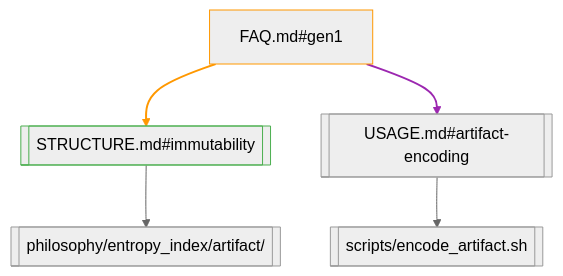
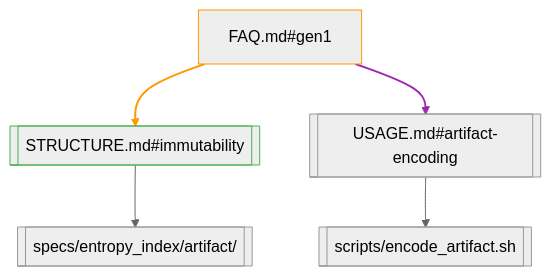
One commit to soyuz43/Symbolic-Grammar-Interpreter changed the fifth of 7 diagrams in content/specs/OVERVIEW.md. Above: the diagram before and after it, drawn with Mermaid (neutral theme). The commit also changed 4 other files, not shown here.

````diff
--- a/content/specs/OVERVIEW.md
+++ b/content/specs/OVERVIEW.md
@@ -94,12 +94,12 @@
 ```mermaid
 flowchart TD
     A[FAQ.md#gen1] --> B[[STRUCTURE.md#immutability]]
     A --> C[[USAGE.md#artifact-encoding]]
     C --> D[[scripts/encode_artifact.sh]]
-    B --> E[[philosophy/entropy_index/artifact/]]
+    B --> E[[specs/entropy_index/artifact/]]
     
     style A stroke:#FF9800
     style B stroke:#4CAF50
     linkStyle 0 stroke:#FF9800,stroke-width:2px
     linkStyle 1 stroke:#9C27B0,stroke-width:2px
 ```
````
